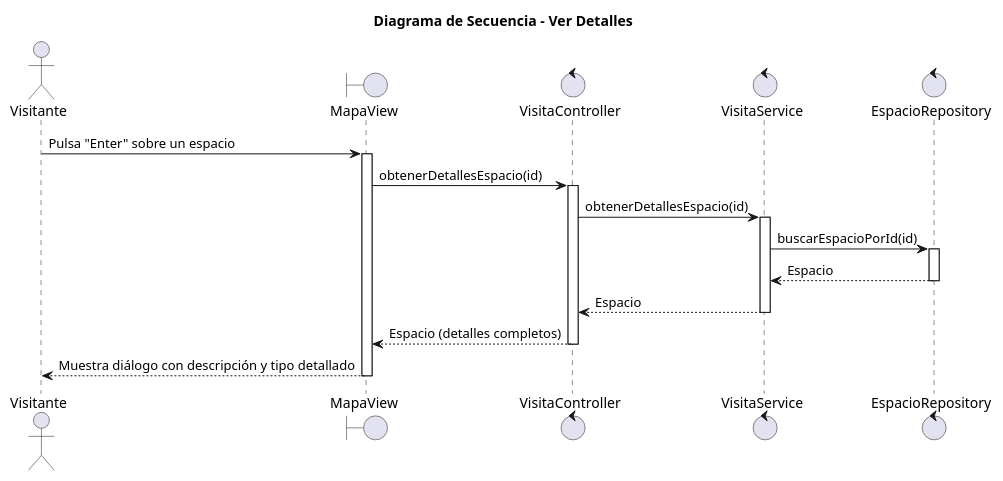
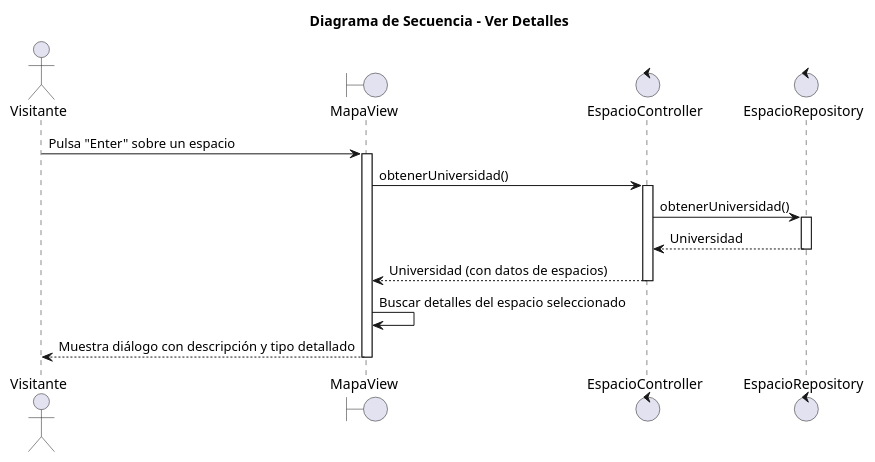
Before and after one commit to mmasias/25-26-idsw2-sdVC: the diagram in modelosUML/02-diseño/01-Visitante/verDetalles/secuencia.puml, drawn with PlantUML. The commit also changed 16 other files, not shown here.

```diff
--- a/modelosUML/02-diseño/01-Visitante/verDetalles/secuencia.puml
+++ b/modelosUML/02-diseño/01-Visitante/verDetalles/secuencia.puml
@@ -1,27 +1,23 @@
 @startuml
 title "Diagrama de Secuencia - Ver Detalles"
 
 actor "Visitante" as visitor
 boundary "MapaView" as view
-control "VisitaController" as controller
-control "VisitaService" as service
+control "EspacioController" as controller
 control "EspacioRepository" as repository
 
 visitor -> view: Pulsa "Enter" sobre un espacio
 activate view
-view -> controller: obtenerDetallesEspacio(id)
+view -> controller: obtenerUniversidad()
 activate controller
-controller -> service: obtenerDetallesEspacio(id)
-activate service
-service -> repository: buscarEspacioPorId(id)
+controller -> repository: obtenerUniversidad()
 activate repository
-repository --> service: Espacio
+repository --> controller: Universidad
 deactivate repository
-service --> controller: Espacio
-deactivate service
-controller --> view: Espacio (detalles completos)
+controller --> view: Universidad (con datos de espacios)
 deactivate controller
+view -> view: Buscar detalles del espacio seleccionado
 view --> visitor: Muestra diálogo con descripción y tipo detallado
 deactivate view
 
 @enduml
```
